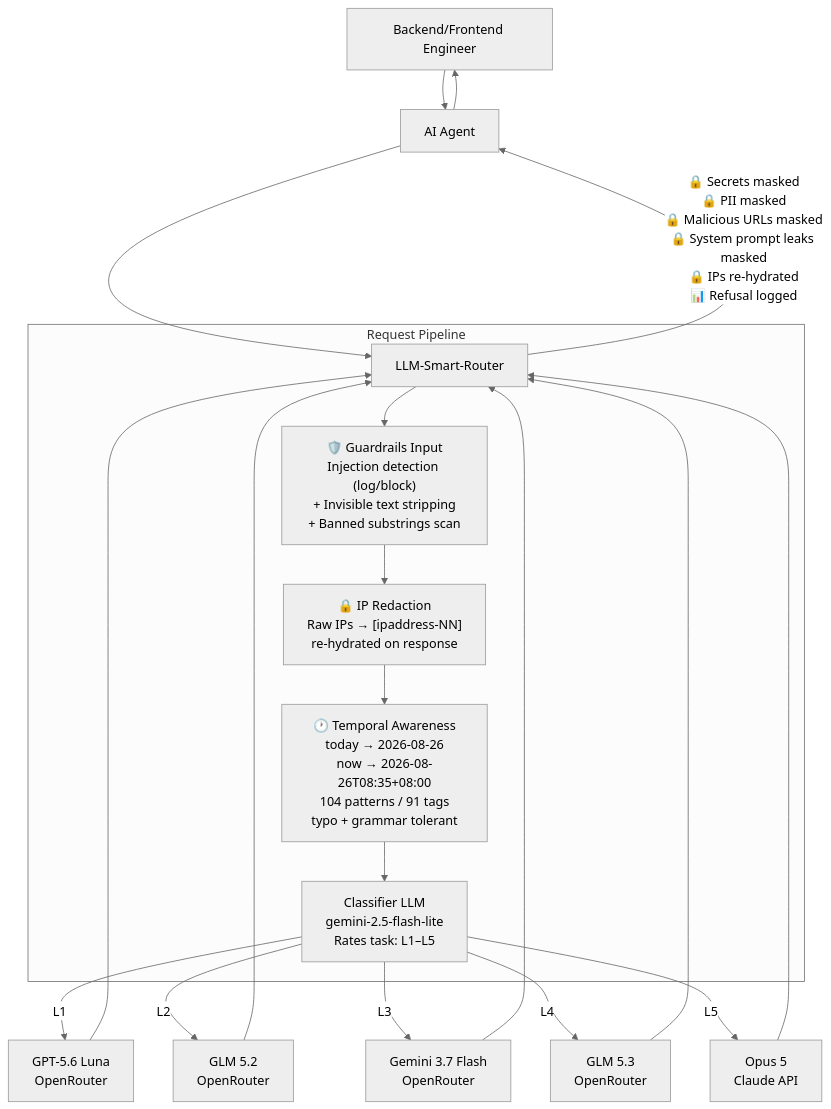
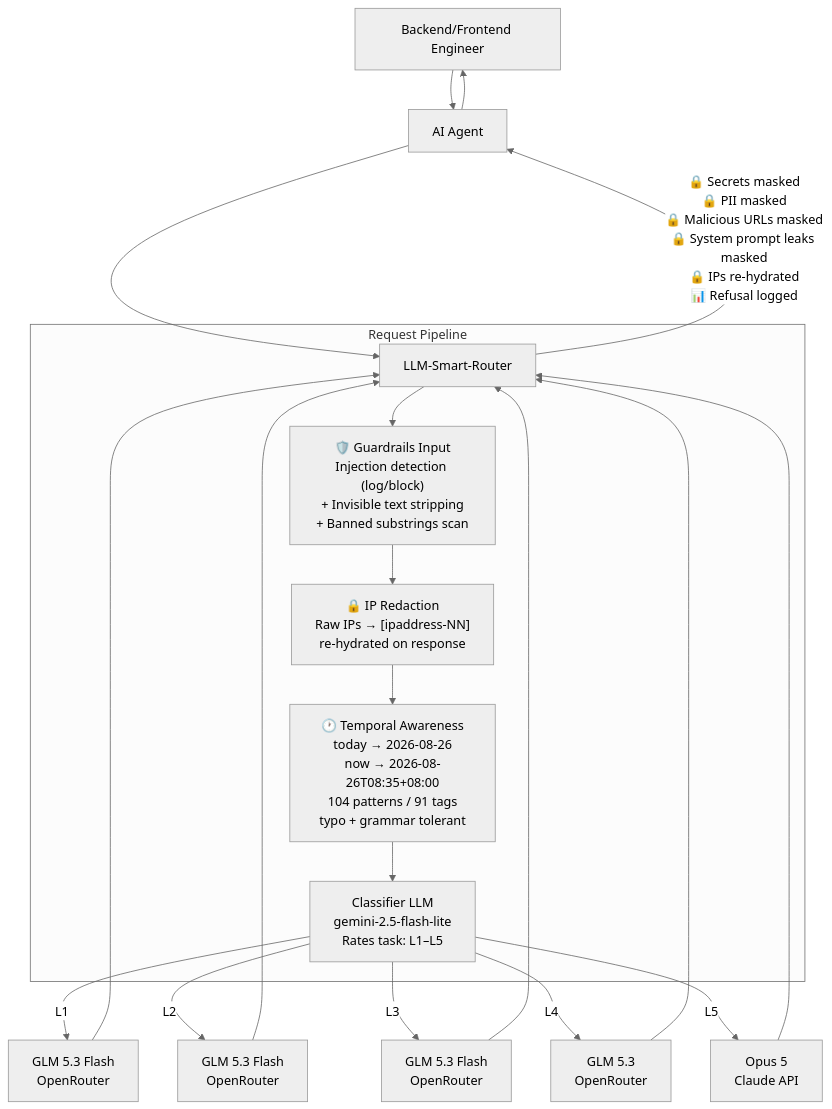
One commit to Green-Needle-Tech/llm-smart-router changed the diagram in README.md. Above: the diagram before and after it, drawn with Mermaid (neutral theme). The commit also changed other lines of this file and 2 other files, not shown here.

First line of the commit message:
docs+config: v2.10.0 — switch L1–L3 tiers to z-ai/glm-5.3-flash

````diff
--- a/README.md
+++ b/README.md
@@ -443,27 +457,27 @@
 ```mermaid
 flowchart TD
     A[Backend/Frontend Engineer] --> B[AI Agent]
     B --> C[LLM-Smart-Router]
 
     subgraph Router [Request Pipeline]
         C --> P1["🛡️ Guardrails Input<br/>Injection detection (log/block)<br/>+ Invisible text stripping<br/>+ Banned substrings scan"]
         P1 --> P2["🔒 IP Redaction<br/>Raw IPs → [ipaddress-NN]<br/>re-hydrated on response"]
         P2 --> P2T["🕐 Temporal Awareness<br/>today → 2026-08-26<br/>now → 2026-08-26T08:35+08:00<br/>104 patterns / 91 tags<br/>typo + grammar tolerant"]
         P2T --> D["Classifier LLM<br/>gemini-2.5-flash-lite<br/>Rates task: L1–L5"]
     end
 
-    D -->|L1| E[GPT-5.6 Luna<br/>OpenRouter]
-    D -->|L2| F[GLM 5.2<br/>OpenRouter]
-    D -->|L3| F2[Gemini 3.7 Flash<br/>OpenRouter]
+    D -->|L1| E[GLM 5.3 Flash<br/>OpenRouter]
+    D -->|L2| F[GLM 5.3 Flash<br/>OpenRouter]
+    D -->|L3| F2[GLM 5.3 Flash<br/>OpenRouter]
     D -->|L4| F3[GLM 5.3<br/>OpenRouter]
     D -->|L5| H[Opus 5<br/>Claude API]
 
     E --> C
     F --> C
     F2 --> C
     F3 --> C
     H --> C
 
     C -->|"🔒 Secrets masked<br/>🔒 PII masked<br/>🔒 Malicious URLs masked<br/>🔒 System prompt leaks masked<br/>🔒 IPs re-hydrated<br/>📊 Refusal logged"| B
     B --> A
 ```
````
